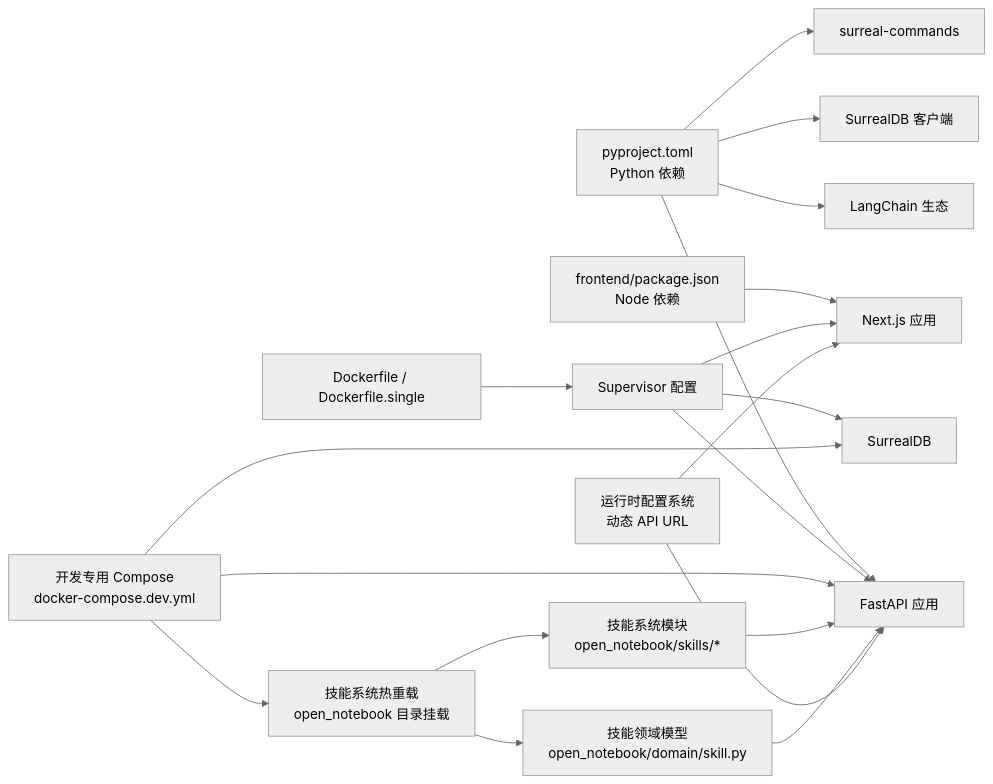
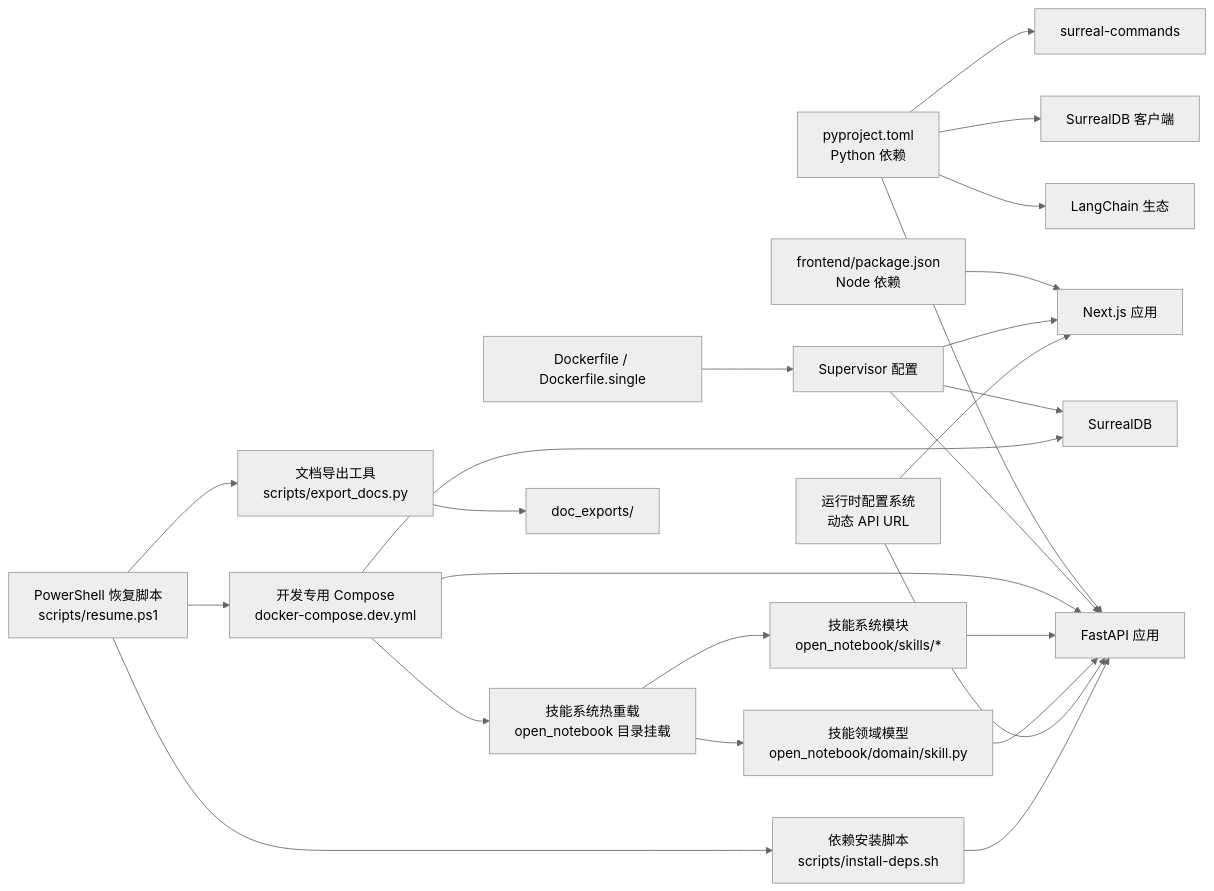
The third of 3 diagrams in .qoder/repowiki/zh/content/开发者指南/开发环境搭建.md (jackeyunjie/open-notebook), drawn with Mermaid (neutral theme) before and after one commit. The commit also changed other lines of this file and 24 other files, not shown here.

````diff
--- a/.qoder/repowiki/zh/content/开发者指南/开发环境搭建.md
+++ b/.qoder/repowiki/zh/content/开发者指南/开发环境搭建.md
@@ -419,21 +563,26 @@
 ```mermaid
 graph LR
 A["pyproject.toml<br/>Python 依赖"] --> B["FastAPI 应用"]
 A --> C["LangChain 生态"]
 A --> D["SurrealDB 客户端"]
 A --> E["surreal-commands"]
 F["frontend/package.json<br/>Node 依赖"] --> G["Next.js 应用"]
 H["Dockerfile / Dockerfile.single"] --> I["Supervisor 配置"]
 I --> B
 I --> G
 I --> J["SurrealDB"]
 K["开发专用 Compose<br/>docker-compose.dev.yml"] --> B
 K --> J
 K --> L["技能系统热重载<br/>open_notebook 目录挂载"]
 M["技能系统模块<br/>open_notebook/skills/*"] --> B
 N["技能领域模型<br/>open_notebook/domain/skill.py"] --> B
 L --> M
 L --> N
 O["运行时配置系统<br/>动态 API URL"] --> B
 O --> G
+P["PowerShell 恢复脚本<br/>scripts/resume.ps1"] --> K
+Q["依赖安装脚本<br/>scripts/install-deps.sh"] --> B
+R["文档导出工具<br/>scripts/export_docs.py"] --> S["doc_exports/"]
+P --> Q
+P --> R
 ```
````
